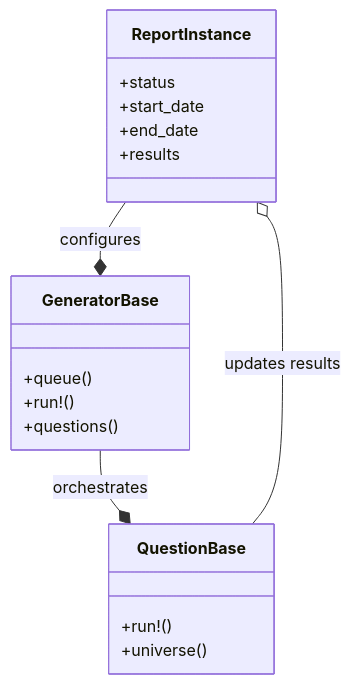
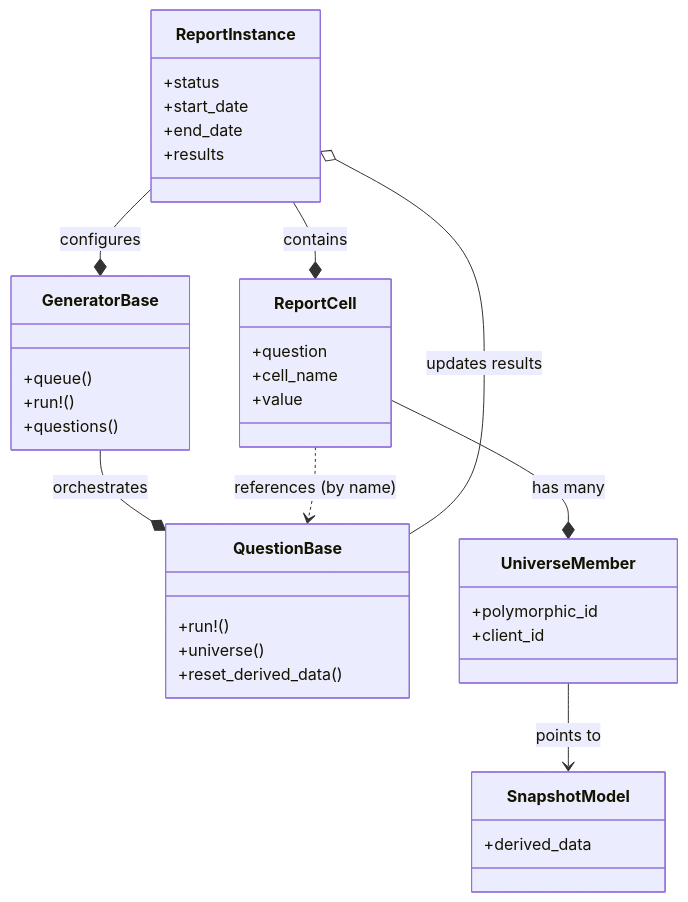
The diagram in docs/features/hud-report-framework.md (greenriver/hmis-warehouse), drawn with Mermaid before and after one commit. The commit also changed other lines of this file and 7 other files, not shown here.

````diff
--- a/docs/features/hud-report-framework.md
+++ b/docs/features/hud-report-framework.md
@@ -13,22 +13,39 @@
 ```mermaid
 classDiagram
     class ReportInstance {
         +status
         +start_date
         +end_date
         +results
     }
     class GeneratorBase {
         +queue()
         +run!()
         +questions()
     }
     class QuestionBase {
         +run!()
         +universe()
+        +reset_derived_data()
+    }
+    class ReportCell {
+        +question
+        +cell_name
+        +value
+    }
+    class UniverseMember {
+        +polymorphic_id
+        +client_id
+    }
+    class SnapshotModel {
+        +derived_data
     }
 
     ReportInstance --* GeneratorBase : configures
     GeneratorBase --* QuestionBase : orchestrates
     QuestionBase --o ReportInstance : updates results
+    ReportInstance --* ReportCell : contains
+    ReportCell --* UniverseMember : has many
+    UniverseMember --> SnapshotModel : points to
+    ReportCell ..> QuestionBase : references (by name)
 ```
````
